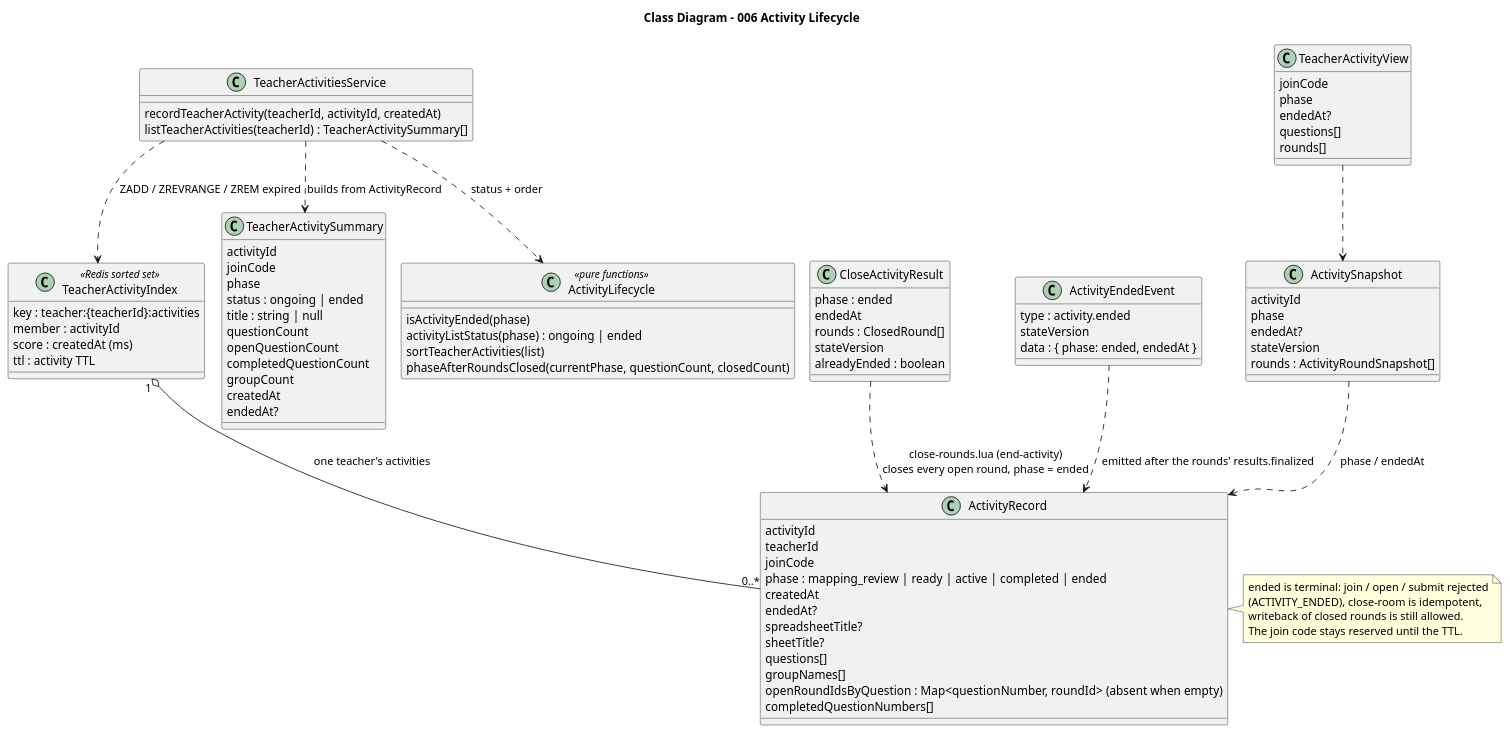
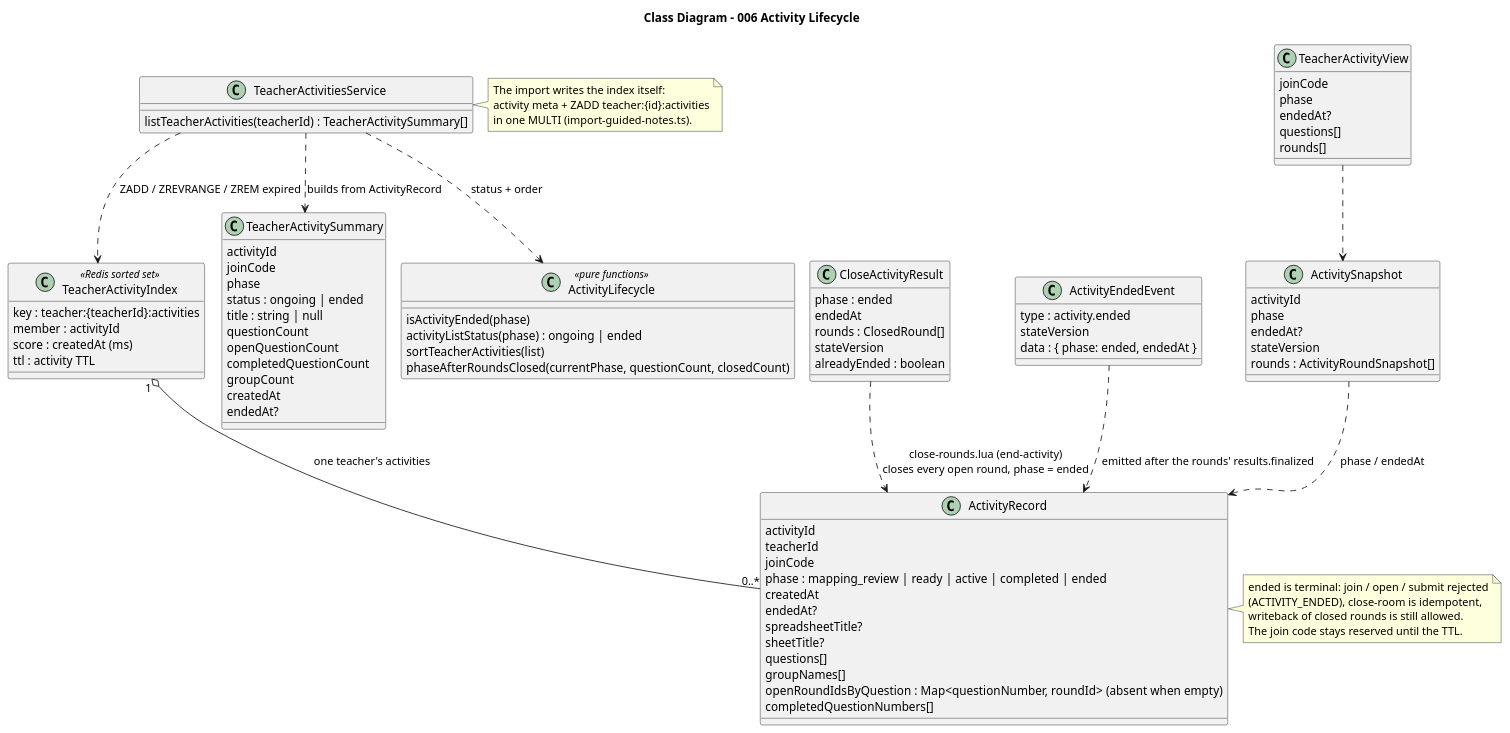
Before and after one commit to Chunshan-Theta/2026-SW-quickanswer: the diagram in main/diagrams/006-class.puml, drawn with PlantUML. The commit also changed 6 other files, not shown here.

First line of the commit message:
docs(006): align diagrams with the import-side index write and record verification

```diff
--- a/main/diagrams/006-class.puml
+++ b/main/diagrams/006-class.puml
@@ -1,90 +1,94 @@
 @startuml
 !pragma layout smetana
 title Class Diagram - 006 Activity Lifecycle
 
 class ActivityRecord {
   activityId
   teacherId
   joinCode
   phase : mapping_review | ready | active | completed | ended
   createdAt
   endedAt?
   spreadsheetTitle?
   sheetTitle?
   questions[]
   groupNames[]
   {field} openRoundIdsByQuestion : Map<questionNumber, roundId> (absent when empty)
   completedQuestionNumbers[]
 }
 class TeacherActivityIndex <<Redis sorted set>> {
   key : teacher:{teacherId}:activities
   member : activityId
   {field} score : createdAt (ms)
   ttl : activity TTL
 }
 class TeacherActivitySummary {
   activityId
   joinCode
   phase
   status : ongoing | ended
   title : string | null
   questionCount
   openQuestionCount
   completedQuestionCount
   groupCount
   createdAt
   endedAt?
 }
 class TeacherActivitiesService {
-  recordTeacherActivity(teacherId, activityId, createdAt)
   listTeacherActivities(teacherId) : TeacherActivitySummary[]
 }
+note right of TeacherActivitiesService
+  The import writes the index itself:
+  activity meta + ZADD teacher:{id}:activities
+  in one MULTI (import-guided-notes.ts).
+end note
 class ActivityLifecycle <<pure functions>> {
   isActivityEnded(phase)
   activityListStatus(phase) : ongoing | ended
   sortTeacherActivities(list)
   phaseAfterRoundsClosed(currentPhase, questionCount, closedCount)
 }
 class CloseActivityResult {
   phase : ended
   endedAt
   rounds : ClosedRound[]
   stateVersion
   alreadyEnded : boolean
 }
 class ActivityEndedEvent {
   type : activity.ended
   stateVersion
   data : { phase: ended, endedAt }
 }
 class ActivitySnapshot {
   activityId
   phase
   endedAt?
   stateVersion
   rounds : ActivityRoundSnapshot[]
 }
 class TeacherActivityView {
   joinCode
   phase
   endedAt?
   questions[]
   rounds[]
 }
 
 TeacherActivityIndex "1" o-- "0..*" ActivityRecord : one teacher's activities
 TeacherActivitiesService ..> TeacherActivityIndex : ZADD / ZREVRANGE / ZREM expired
 TeacherActivitiesService ..> TeacherActivitySummary : builds from ActivityRecord
 TeacherActivitiesService ..> ActivityLifecycle : status + order
 CloseActivityResult ..> ActivityRecord : close-rounds.lua (end-activity)\ncloses every open round, phase = ended
 ActivityEndedEvent ..> ActivityRecord : emitted after the rounds' results.finalized
 ActivitySnapshot ..> ActivityRecord : phase / endedAt
 TeacherActivityView ..> ActivitySnapshot
 
 note right of ActivityRecord
   ended is terminal: join / open / submit rejected
   (ACTIVITY_ENDED), close-room is idempotent,
   writeback of closed rounds is still allowed.
   The join code stays reserved until the TTL.
 end note
 @enduml
```
